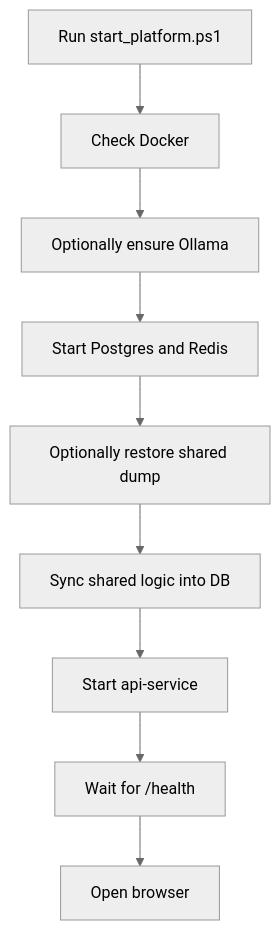
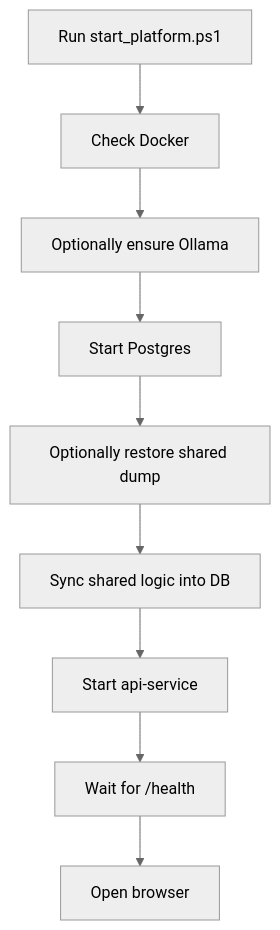
The fifth of 8 diagrams in docs/SYSTEM_VISUAL_MAP.md (swinneyj/soc-plaform), drawn with Mermaid (neutral theme) before and after one commit. The commit also changed other lines of this file and 16 other files, not shown here.

````diff
--- a/docs/SYSTEM_VISUAL_MAP.md
+++ b/docs/SYSTEM_VISUAL_MAP.md
@@ -126,11 +126,11 @@
 ```mermaid
 flowchart TD
     A[Run start_platform.ps1] --> B[Check Docker]
     B --> C[Optionally ensure Ollama]
-    C --> D[Start Postgres and Redis]
+    C --> D[Start Postgres]
     D --> E[Optionally restore shared dump]
     E --> F[Sync shared logic into DB]
     F --> G[Start api-service]
     G --> H[Wait for /health]
     H --> I[Open browser]
 ```
````
